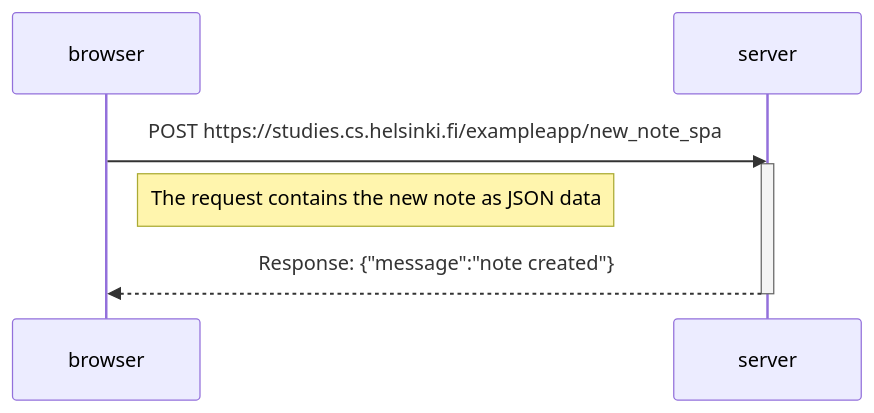
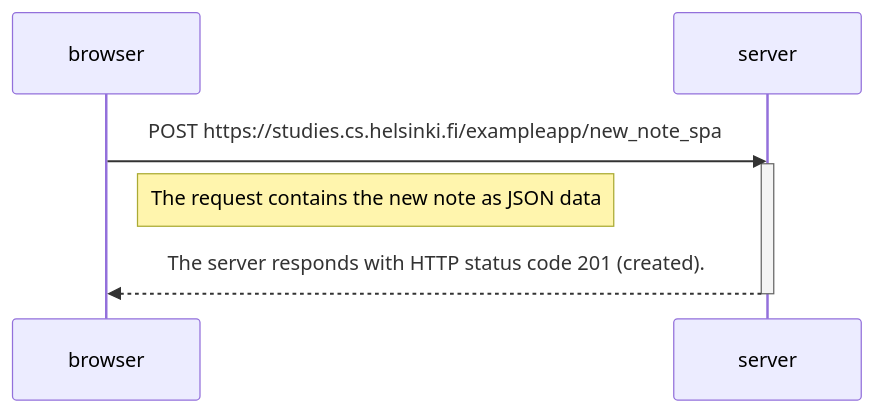
The diagram in part0/6-newNoteInSPAAppDiagram.md (TamNhiDuong/FullStackOpenAalto_P_1_2_3), drawn with Mermaid before and after one commit.

Commit message:
Edit diagram exc 0.6

````diff
--- a/part0/6-newNoteInSPAAppDiagram.md
+++ b/part0/6-newNoteInSPAAppDiagram.md
@@ -1,11 +1,11 @@
 ```mermaid
 sequenceDiagram
     participant browser
     participant server
 
     browser->>server: POST https://studies.cs.helsinki.fi/exampleapp/new_note_spa
     activate server
     Note right of browser: The request contains the new note as JSON data
-    server-->>browser:  Response: {"message":"note created"}
+    server-->>browser:  The server responds with HTTP status code 201 (created).
     deactivate server
 ```
````
